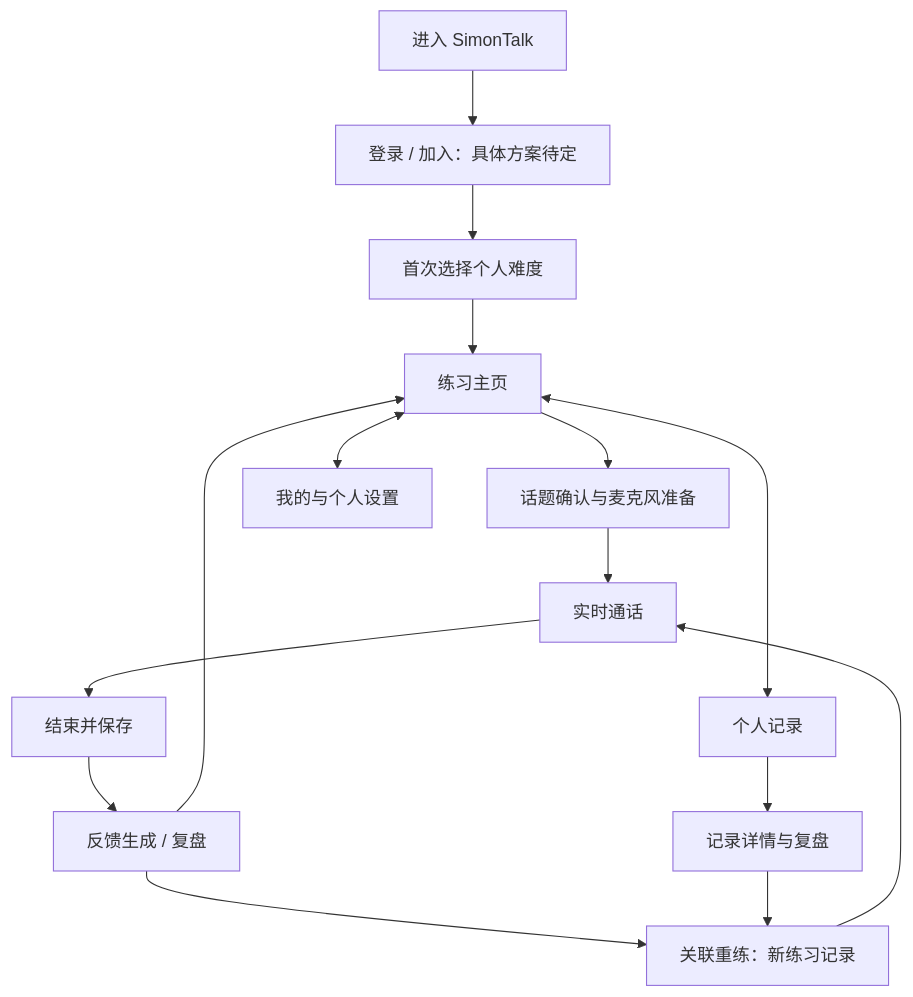
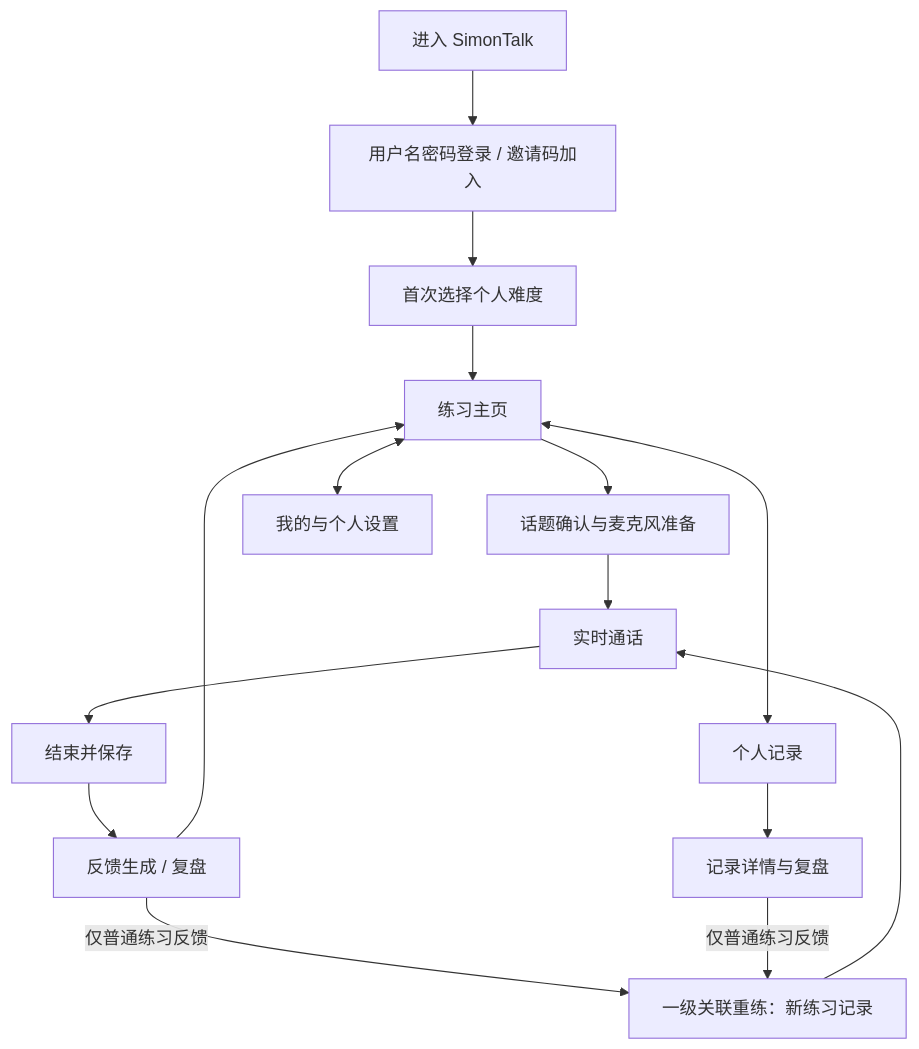
The diagram in docs/design/2026-10-15-screen-and-interaction-spec.md (simon-996/simontalk), drawn with Mermaid before and after one commit. The commit also changed other lines of this file and 364 other files, not shown here.

````diff
--- a/docs/design/2026-10-15-screen-and-interaction-spec.md
+++ b/docs/design/2026-10-15-screen-and-interaction-spec.md
@@ -27,17 +35,17 @@
 ```mermaid
 flowchart TD
-    Entry[进入 SimonTalk] --> Identity[登录 / 加入：具体方案待定]
+    Entry[进入 SimonTalk] --> Identity[用户名密码登录 / 邀请码加入]
     Identity --> Setup[首次选择个人难度]
     Setup --> Practice[练习主页]
     Practice --> Preflight[话题确认与麦克风准备]
     Preflight --> Call[实时通话]
     Call --> Finalize[结束并保存]
     Finalize --> Review[反馈生成 / 复盘]
-    Review --> Retry[关联重练：新练习记录]
+    Review -->|仅普通练习反馈| Retry[一级关联重练：新练习记录]
     Retry --> Call
     Practice <--> History[个人记录]
     History --> Detail[记录详情与复盘]
-    Detail --> Retry
+    Detail -->|仅普通练习反馈| Retry
     Practice <--> Settings[我的与个人设置]
     Review --> Practice
 ```
````
